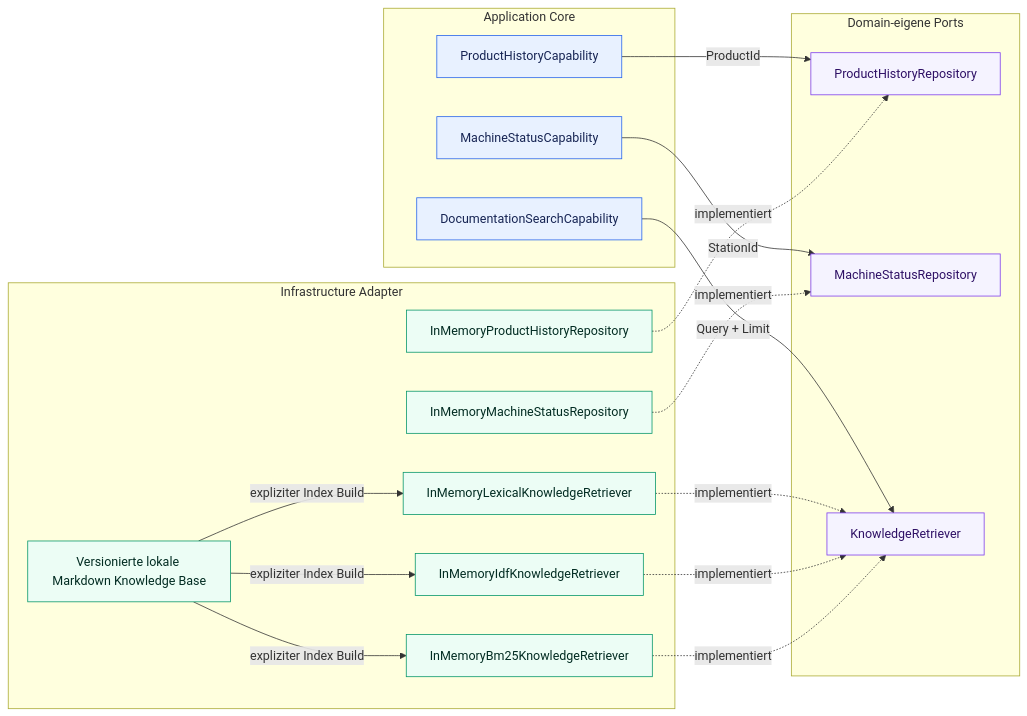
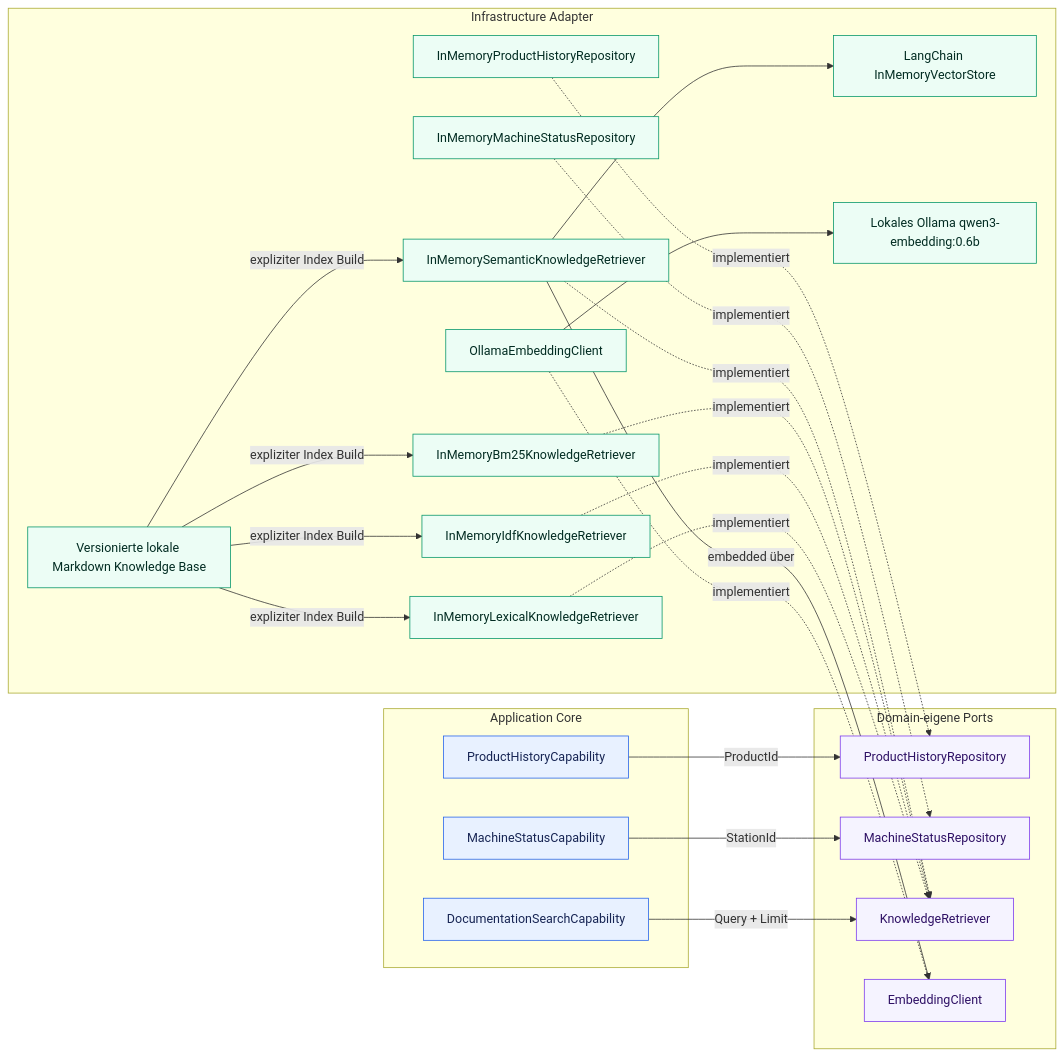
The first of 11 diagrams in docs/architecture/overview.de.md (aboerzel/industrial-ai-agent), drawn with Mermaid before and after one commit. The commit also changed other lines of this file and 12 other files, not shown here.

````diff
--- a/docs/architecture/overview.de.md
+++ b/docs/architecture/overview.de.md
@@ -24,42 +25,53 @@
 ```mermaid
 flowchart LR
     subgraph Core["Application Core"]
         PHC["ProductHistoryCapability"]
         MSC["MachineStatusCapability"]
         DSC["DocumentationSearchCapability"]
     end
 
     subgraph Ports["Domain-eigene Ports"]
         PHR["ProductHistoryRepository"]
         MSR["MachineStatusRepository"]
         KR["KnowledgeRetriever"]
+        EP["EmbeddingClient"]
     end
 
     subgraph Infrastructure["Infrastructure Adapter"]
         PHM["InMemoryProductHistoryRepository"]
         MSM["InMemoryMachineStatusRepository"]
         LKR["InMemoryLexicalKnowledgeRetriever"]
         IDF["InMemoryIdfKnowledgeRetriever"]
         BM25["InMemoryBm25KnowledgeRetriever"]
+        SEM["InMemorySemanticKnowledgeRetriever"]
+        OEC["OllamaEmbeddingClient"]
+        VEC["LangChain InMemoryVectorStore"]
         KB["Versionierte lokale Markdown Knowledge Base"]
+        OLLAMA["Lokales Ollama qwen3-embedding:0.6b"]
     end
 
     PHC -->|"ProductId"| PHR
     MSC -->|"StationId"| MSR
     DSC -->|"Query + Limit"| KR
     PHM -.->|"implementiert"| PHR
     MSM -.->|"implementiert"| MSR
     LKR -.->|"implementiert"| KR
     IDF -.->|"implementiert"| KR
     BM25 -.->|"implementiert"| KR
+    SEM -.->|"implementiert"| KR
+    OEC -.->|"implementiert"| EP
     KB -->|"expliziter Index Build"| LKR
     KB -->|"expliziter Index Build"| IDF
     KB -->|"expliziter Index Build"| BM25
+    KB -->|"expliziter Index Build"| SEM
+    SEM -->|"embedded über"| EP
+    SEM --> VEC
+    OEC --> OLLAMA
 
     classDef core fill:#e8f1ff,stroke:#2563eb,color:#172554
     classDef port fill:#f5f3ff,stroke:#7c3aed,color:#2e1065
     classDef adapter fill:#ecfdf5,stroke:#059669,color:#022c22
     class PHC,MSC,DSC core
-    class PHR,MSR,KR port
-    class PHM,MSM,LKR,IDF,BM25,KB adapter
+    class PHR,MSR,KR,EP port
+    class PHM,MSM,LKR,IDF,BM25,SEM,OEC,VEC,KB,OLLAMA adapter
 ```
````
